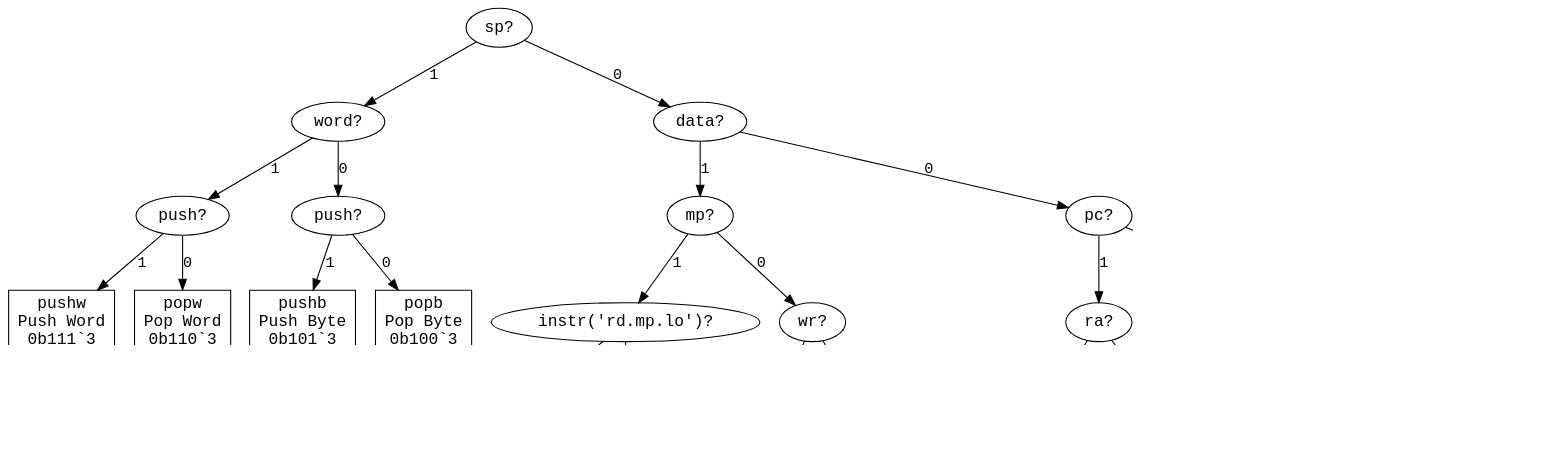
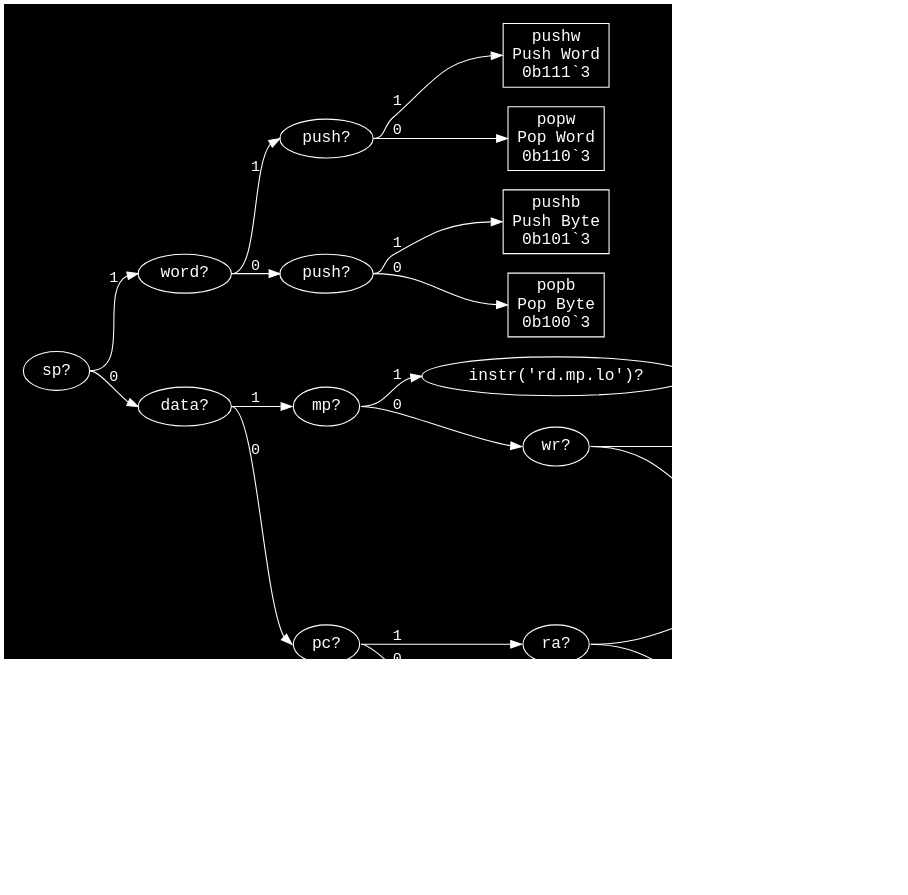
Before and after one commit to eignnx/SPRIND: the diagram in assets/graphs/r(_).dot, drawn with Graphviz. The commit also changed 18 other files, not shown here.

```diff
--- a/assets/graphs/r(_).dot
+++ b/assets/graphs/r(_).dot
@@ -1,50 +1,50 @@
 digraph "Format r(_)" {
-  graph [dpi = 100, bgcolor="white"];
-  node [fontname = "Courier", fontsize="15pt"];
-  edge [fontname = "Courier"];
+  graph [dpi = 100, bgcolor="#111", fontcolor="white", rankdir=LR, pad="0.25"];
+  node [fontname = "Courier", fontsize="15pt", color="white", fontcolor="white"];
+  edge [fontname = "Courier", color="white", fontcolor="white"];
   "sp_4114254" [label = "sp?", shape = ellipse];
-  "sp_4114254" -> "word_16344652" [label = "1"];
-  "sp_4114254" -> "data_8521026" [label = "0"];
+  "sp_4114254":e -> "word_16344652":w [label = "1"];
+  "sp_4114254":e -> "data_8521026":w [label = "0"];
   "word_16344652" [label = "word?", shape = ellipse];
-  "word_16344652" -> "push_16362597" [label = "1"];
-  "word_16344652" -> "push_6658631" [label = "0"];
+  "word_16344652":e -> "push_16362597":w [label = "1"];
+  "word_16344652":e -> "push_6658631":w [label = "0"];
   "push_16362597" [label = "push?", shape = ellipse];
-  "push_16362597" -> "pushw_9011362" [label = "1"];
-  "push_16362597" -> "popw_1825455" [label = "0"];
+  "push_16362597":e -> "pushw_9011362":w [label = "1"];
+  "push_16362597":e -> "popw_1825455":w [label = "0"];
   "pushw_9011362" [label = "pushw\nPush Word\n0b111`3", shape = rectangle];
   "popw_1825455" [label = "popw\nPop Word\n0b110`3", shape = rectangle];
   "push_6658631" [label = "push?", shape = ellipse];
-  "push_6658631" -> "pushb_7132072" [label = "1"];
-  "push_6658631" -> "popb_9607987" [label = "0"];
+  "push_6658631":e -> "pushb_7132072":w [label = "1"];
+  "push_6658631":e -> "popb_9607987":w [label = "0"];
   "pushb_7132072" [label = "pushb\nPush Byte\n0b101`3", shape = rectangle];
   "popb_9607987" [label = "popb\nPop Byte\n0b100`3", shape = rectangle];
   "data_8521026" [label = "data?", shape = ellipse];
-  "data_8521026" -> "mp_7826541" [label = "1"];
-  "data_8521026" -> "pc_3994631" [label = "0"];
+  "data_8521026":e -> "mp_7826541":w [label = "1"];
+  "data_8521026":e -> "pc_3994631":w [label = "0"];
   "mp_7826541" [label = "mp?", shape = ellipse];
-  "mp_7826541" -> "instr('rd.mp.lo')_304513" [label = "1"];
-  "mp_7826541" -> "wr_16207493" [label = "0"];
+  "mp_7826541":e -> "instr('rd.mp.lo')_304513":w [label = "1"];
+  "mp_7826541":e -> "wr_16207493":w [label = "0"];
   "instr('rd.mp.lo')_304513" [label = "instr('rd.mp.lo')?", shape = ellipse];
-  "instr('rd.mp.lo')_304513" -> "'rd.mp.lo'_9626836" [label = "1"];
-  "instr('rd.mp.lo')_304513" -> "'rd.mp.hi'_6753187" [label = "0"];
+  "instr('rd.mp.lo')_304513":e -> "'rd.mp.lo'_9626836":w [label = "1"];
+  "instr('rd.mp.lo')_304513":e -> "'rd.mp.hi'_6753187":w [label = "0"];
   "'rd.mp.lo'_9626836" [label = "'rd.mp.lo'\nRead $MP.lo\n0b0111`4", shape = rectangle];
   "'rd.mp.hi'_6753187" [label = "'rd.mp.hi'\nRead $MP.hi\n0b0110`4", shape = rectangle];
   "wr_16207493" [label = "wr?", shape = ellipse];
-  "wr_16207493" -> "'wr.gp'_5110024" [label = "1"];
-  "wr_16207493" -> "'rd.gp'_7170807" [label = "0"];
+  "wr_16207493":e -> "'wr.gp'_5110024":w [label = "1"];
+  "wr_16207493":e -> "'rd.gp'_7170807":w [label = "0"];
   "'wr.gp'_5110024" [label = "'wr.gp'\nWrite $GP\n0b0101`4", shape = rectangle];
   "'rd.gp'_7170807" [label = "'rd.gp'\nRead $GP\n0b0100`4", shape = rectangle];
   "pc_3994631" [label = "pc?", shape = ellipse];
-  "pc_3994631" -> "ra_11984613" [label = "1"];
-  "pc_3994631" -> "sxt_1516934" [label = "0"];
+  "pc_3994631":e -> "ra_11984613":w [label = "1"];
+  "pc_3994631":e -> "sxt_1516934":w [label = "0"];
   "ra_11984613" [label = "ra?", shape = ellipse];
-  "ra_11984613" -> "callr_11085822" [label = "1"];
-  "ra_11984613" -> "jr_14350230" [label = "0"];
+  "ra_11984613":e -> "callr_11085822":w [label = "1"];
+  "ra_11984613":e -> "jr_14350230":w [label = "0"];
   "callr_11085822" [label = "callr\nCall Register\n0b0011`4", shape = rectangle];
   "jr_14350230" [label = "jr\nJump Register\n0b0010`4", shape = rectangle];
   "sxt_1516934" [label = "sxt?", shape = ellipse];
-  "sxt_1516934" -> "seb_8359608" [label = "1"];
-  "sxt_1516934" -> "neg_298820" [label = "0"];
+  "sxt_1516934":e -> "seb_8359608":w [label = "1"];
+  "sxt_1516934":e -> "neg_298820":w [label = "0"];
   "seb_8359608" [label = "seb\nSign Extend Byte\n0b0001`4", shape = rectangle];
   "neg_298820" [label = "neg\nNegate\n0b0000`4", shape = rectangle];
 }
```
